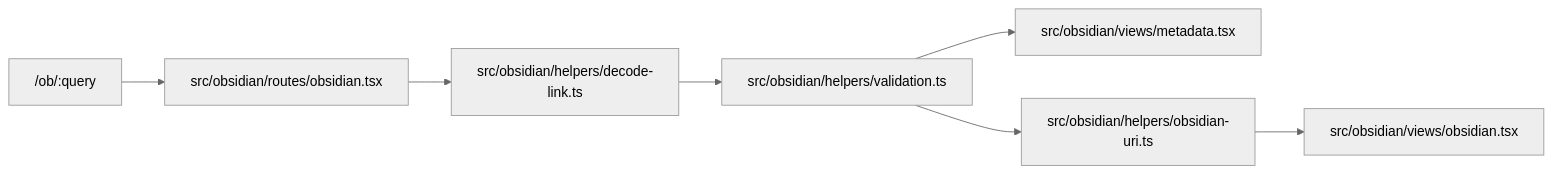
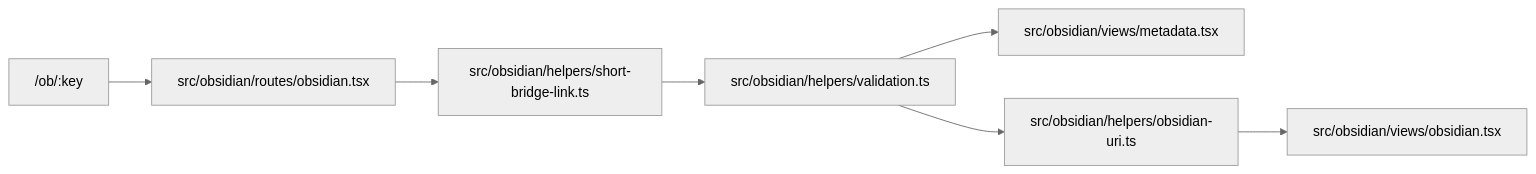
Before and after one commit to axross/polyproxy: the diagram in .agents/skills/maintainable-code-guidelines/references/abstraction-boundaries.md, drawn with Mermaid (neutral theme). The commit also changed other lines of this file and 32 other files, not shown here.

````diff
--- a/.agents/skills/maintainable-code-guidelines/references/abstraction-boundaries.md
+++ b/.agents/skills/maintainable-code-guidelines/references/abstraction-boundaries.md
@@ -9,9 +9,9 @@
 ```mermaid
 flowchart LR
-  Query["/ob/:query"] --> Route["src/obsidian/routes/obsidian.tsx"]
-  Route --> Decode["src/obsidian/helpers/decode-link.ts"]
-  Decode --> Validate["src/obsidian/helpers/validation.ts"]
+  Key["/ob/:key"] --> Route["src/obsidian/routes/obsidian.tsx"]
+  Route --> Storage["src/obsidian/helpers/short-bridge-link.ts"]
+  Storage --> Validate["src/obsidian/helpers/validation.ts"]
   Validate --> Metadata["src/obsidian/views/metadata.tsx"]
   Validate --> Uri["src/obsidian/helpers/obsidian-uri.ts"]
   Uri --> View["src/obsidian/views/obsidian.tsx"]
 ```
````
